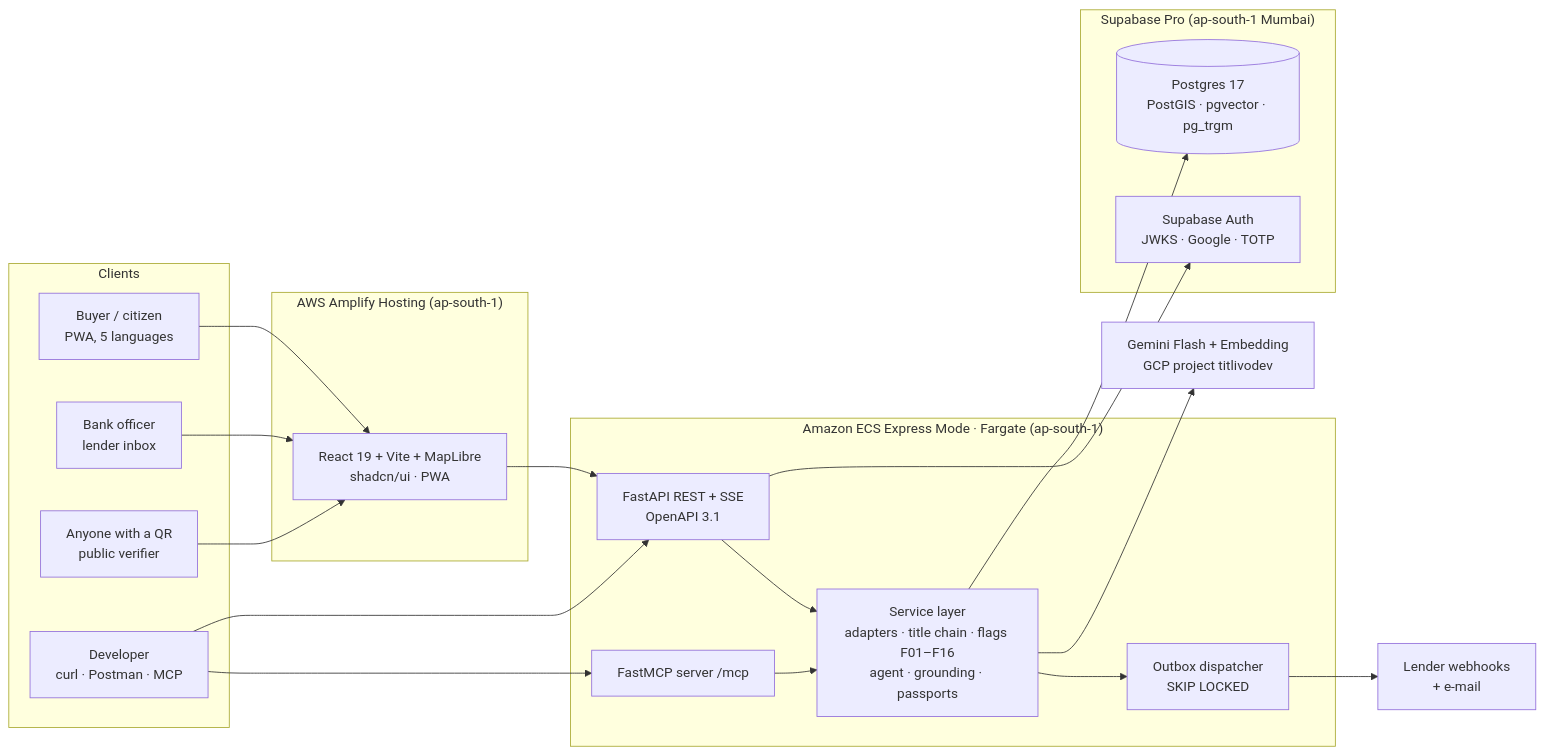
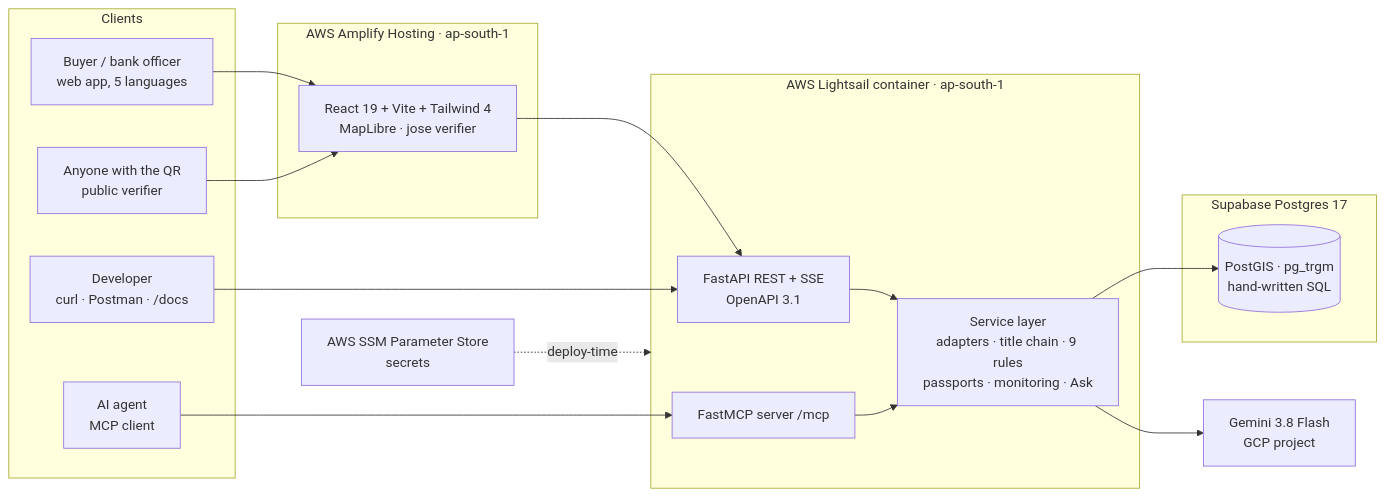
One commit to Gurjas2112/Titlivo changed the diagram in README.md. Above: the diagram before and after it, drawn with Mermaid. The commit also changed other lines of this file, not shown here.

Commit message:
docs(readme): highlights, accurate architecture and stack, Built / Next roadmap

````diff
--- a/README.md
+++ b/README.md
@@ -98,41 +98,37 @@
 ```mermaid
 flowchart LR
     subgraph Clients
-        B[Buyer / citizen<br/>PWA, 5 languages]
-        L[Bank officer<br/>lender inbox]
-        D[Developer<br/>curl · Postman · MCP]
-        V[Anyone with a QR<br/>public verifier]
+        B[Buyer / bank officer<br/>web app, 5 languages]
+        V[Anyone with the QR<br/>public verifier]
+        D[Developer<br/>curl · Postman · /docs]
+        A[AI agent<br/>MCP client]
     end
 
-    subgraph Frontend["AWS Amplify Hosting (ap-south-1)"]
-        W[React 19 + Vite + MapLibre<br/>shadcn/ui · PWA]
+    subgraph Web["AWS Amplify Hosting · ap-south-1"]
+        W[React 19 + Vite + Tailwind 4<br/>MapLibre · jose verifier]
     end
 
-    subgraph Backend["Amazon ECS Express Mode · Fargate (ap-south-1)"]
-        API[FastAPI REST + SSE<br/>OpenAPI 3.1]
-        MCP[FastMCP server /mcp]
-        SVC[Service layer<br/>adapters · title chain · flags F01–F16<br/>agent · grounding · passports]
-        OUT[Outbox dispatcher<br/>SKIP LOCKED]
+    subgraph API["AWS Lightsail container · ap-south-1"]
+        R[FastAPI REST + SSE<br/>OpenAPI 3.1]
+        M[FastMCP server /mcp]
+        S[Service layer<br/>adapters · title chain · 9 rules<br/>passports · monitoring · Ask]
     end
 
-    subgraph Data["Supabase Pro (ap-south-1 Mumbai)"]
-        PG[(Postgres 17<br/>PostGIS · pgvector · pg_trgm)]
-        AUTH[Supabase Auth<br/>JWKS · Google · TOTP]
+    subgraph Data["Supabase Postgres 17"]
+        PG[(PostGIS · pg_trgm<br/>hand-written SQL)]
     end
 
-    G[Gemini Flash + Embedding<br/>GCP project titlivodev]
-    WH[Lender webhooks<br/>+ e-mail]
+    SSM[AWS SSM Parameter Store<br/>secrets]
+    G[Gemini 3.8 Flash<br/>GCP project]
 
-    B & L --> W
+    B --> W
     V --> W
-    W --> API
-    D --> API
-    D --> MCP
-    API --> SVC
-    MCP --> SVC
-    SVC --> PG
-    SVC --> G
-    API --> AUTH
-    SVC --> OUT
-    OUT --> WH
+    W --> R
+    D --> R
+    A --> M
+    R --> S
+    M --> S
+    S --> PG
+    S --> G
+    SSM -. deploy-time .-> API
 ```
````
